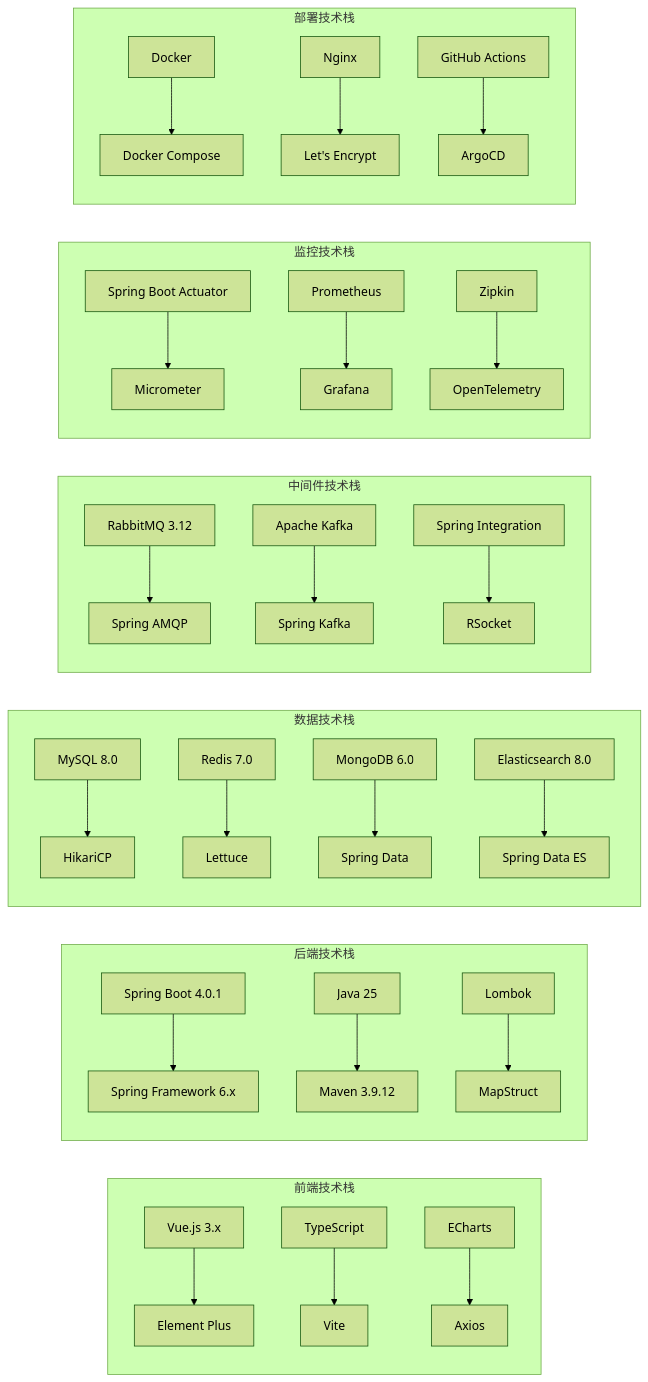
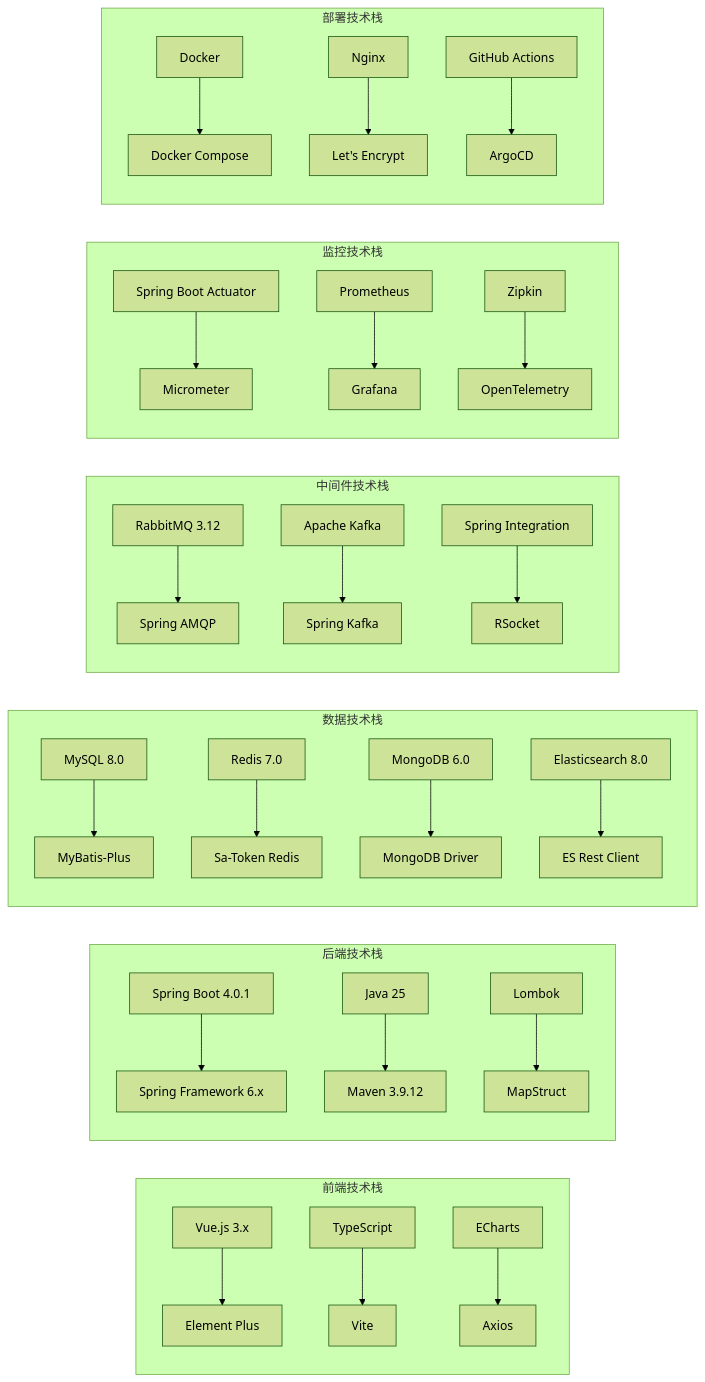
One commit to ylzyd12345/springboot-study changed the second of 5 diagrams in docs/01-规划设计层/04-技术架构设计.md. Above: the diagram before and after it, drawn with Mermaid (forest theme). The commit also changed other lines of this file and 60 other files, not shown here.

Commit message:
sa-token/mybatis-plus

````diff
--- a/docs/01-规划设计层/04-技术架构设计.md
+++ b/docs/01-规划设计层/04-技术架构设计.md
@@ -98,39 +98,39 @@
 ```mermaid
 graph LR
     subgraph "前端技术栈"
         A1[Vue.js 3.x] --> A2[Element Plus]
         A3[TypeScript] --> A4[Vite]
         A5[ECharts] --> A6[Axios]
     end
     
     subgraph "后端技术栈"
         B1[Spring Boot 4.0.1] --> B2[Spring Framework 6.x]
         B3[Java 25] --> B4[Maven 3.9.12]
         B5[Lombok] --> B6[MapStruct]
     end
     
     subgraph "数据技术栈"
-        C1[MySQL 8.0] --> C2[HikariCP]
-        C3[Redis 7.0] --> C4[Lettuce]
-        C5[MongoDB 6.0] --> C6[Spring Data]
-        C7[Elasticsearch 8.0] --> C8[Spring Data ES]
+        C1[MySQL 8.0] --> C2[MyBatis-Plus]
+        C3[Redis 7.0] --> C4[Sa-Token Redis]
+        C5[MongoDB 6.0] --> C6[MongoDB Driver]
+        C7[Elasticsearch 8.0] --> C8[ES Rest Client]
     end
     
     subgraph "中间件技术栈"
         D1[RabbitMQ 3.12] --> D2[Spring AMQP]
         D3[Apache Kafka] --> D4[Spring Kafka]
         D5[Spring Integration] --> D6[RSocket]
     end
     
     subgraph "监控技术栈"
         E1[Spring Boot Actuator] --> E2[Micrometer]
         E3[Prometheus] --> E4[Grafana]
         E5[Zipkin] --> E6[OpenTelemetry]
     end
     
     subgraph "部署技术栈"
         F1[Docker] --> F2[Docker Compose]
         F3[Nginx] --> F4[Let's Encrypt]
         F5[GitHub Actions] --> F6[ArgoCD]
     end
 ```
````
